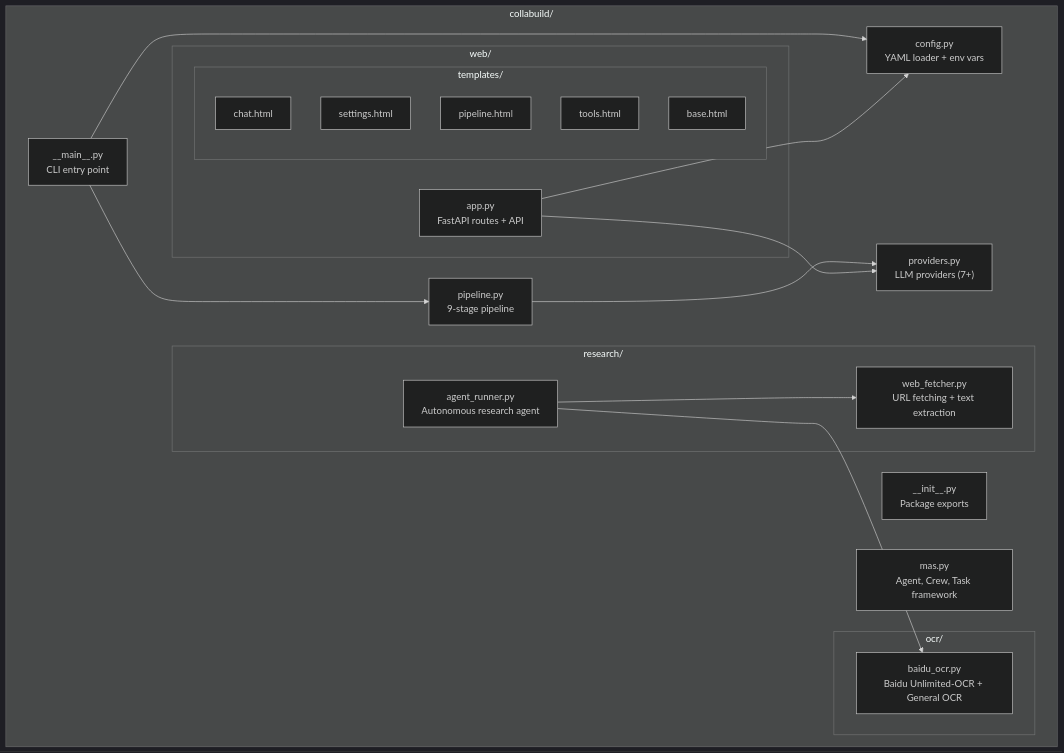
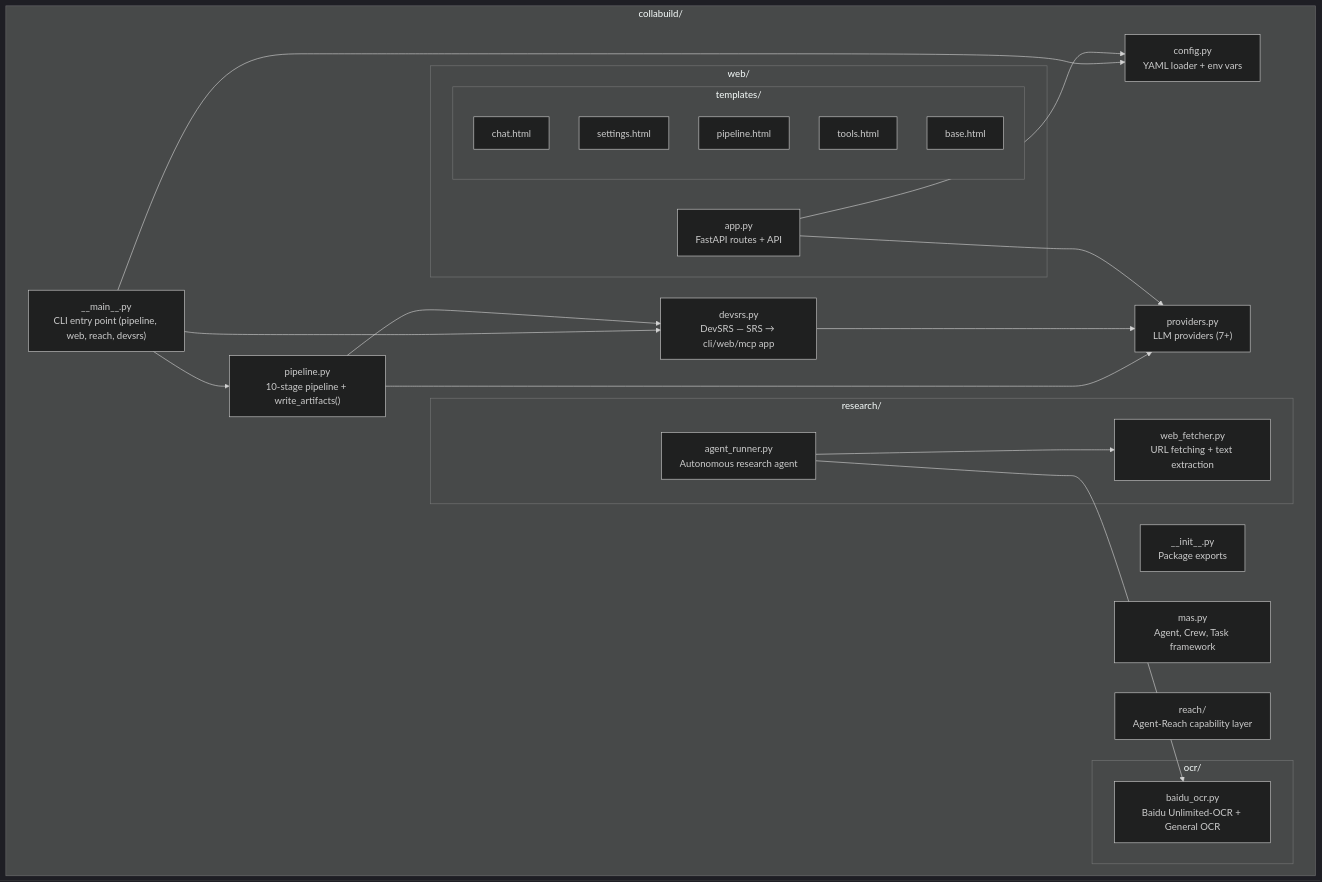
One commit to karun99/Collabuild changed diagram 13 of 14 in UML.md. Above: the diagram before and after it, drawn with Mermaid (dark theme). The commit also changed other lines of this file and 17 other files, not shown here.

First line of the commit message:
feat: add stage-10 README generation and DevSRS SRS-to-app builder

````diff
--- a/UML.md
+++ b/UML.md
@@ -484,37 +484,41 @@
 ```mermaid
 graph TB
     subgraph "collabuild/"
         INIT["__init__.py\nPackage exports"]
-        MAIN["__main__.py\nCLI entry point"]
+        MAIN["__main__.py\nCLI entry point (pipeline, web, reach, devsrs)"]
         CFG["config.py\nYAML loader + env vars"]
         PROV["providers.py\nLLM providers (7+)"]
         MAS["mas.py\nAgent, Crew, Task framework"]
-        PIPE["pipeline.py\n9-stage pipeline"]
+        PIPE["pipeline.py\n10-stage pipeline + write_artifacts()"]
+        DSRS["devsrs.py\nDevSRS — SRS → cli/web/mcp app"]
+        REACH["reach/\nAgent-Reach capability layer"]
 
         subgraph "ocr/"
             BaiduOCR["baidu_ocr.py\nBaidu Unlimited-OCR + General OCR"]
         end
 
         subgraph "research/"
             WF["web_fetcher.py\nURL fetching + text extraction"]
             AR["agent_runner.py\nAutonomous research agent"]
         end
 
         subgraph "web/"
             APP["app.py\nFastAPI routes + API"]
             subgraph "templates/"
                 T1["chat.html"]
                 T2["settings.html"]
                 T3["pipeline.html"]
                 T4["tools.html"]
                 T5["base.html"]
             end
         end
     end
 
-    MAIN --> CFG & PIPE
+    MAIN --> CFG & PIPE & DSRS
     PIPE --> PROV
+    PIPE --> DSRS
+    DSRS --> PROV
     APP --> PROV & CFG
     AR --> WF
     AR --> BaiduOCR
 ```
````
